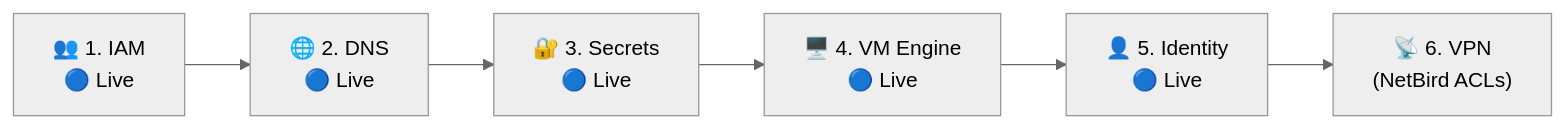
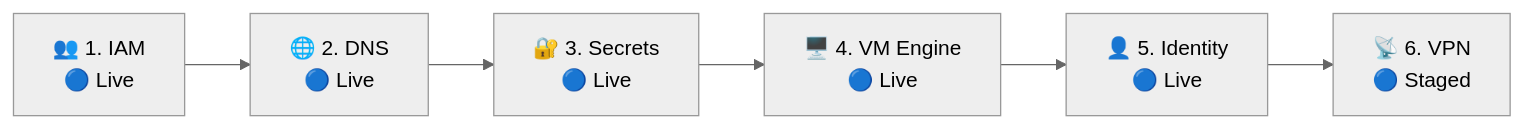
One commit to AIT-brainlab/brainlab-base changed the diagram in mgmt/terraform/README.md. Above: the diagram before and after it, drawn with Mermaid (neutral theme). The commit also changed other lines of this file and 22 other files, not shown here.

````diff
--- a/mgmt/terraform/README.md
+++ b/mgmt/terraform/README.md
@@ -27,4 +27,4 @@
 ```mermaid
 flowchart LR
-    Seq1["👥 1. IAM<br/>🔵 Live"] --> Seq2["🌐 2. DNS<br/>🔵 Live"] --> Seq3["🔐 3. Secrets<br/>🔵 Live"] --> Seq4["🖥️ 4. VM Engine<br/>🔵 Live"] --> Seq5["👤 5. Identity<br/>🔵 Live"] --> Seq6["📡 6. VPN<br/>(NetBird ACLs)"]
+    Seq1["👥 1. IAM<br/>🔵 Live"] --> Seq2["🌐 2. DNS<br/>🔵 Live"] --> Seq3["🔐 3. Secrets<br/>🔵 Live"] --> Seq4["🖥️ 4. VM Engine<br/>🔵 Live"] --> Seq5["👤 5. Identity<br/>🔵 Live"] --> Seq6["📡 6. VPN<br/>🔵 Staged"]
 ```
````
